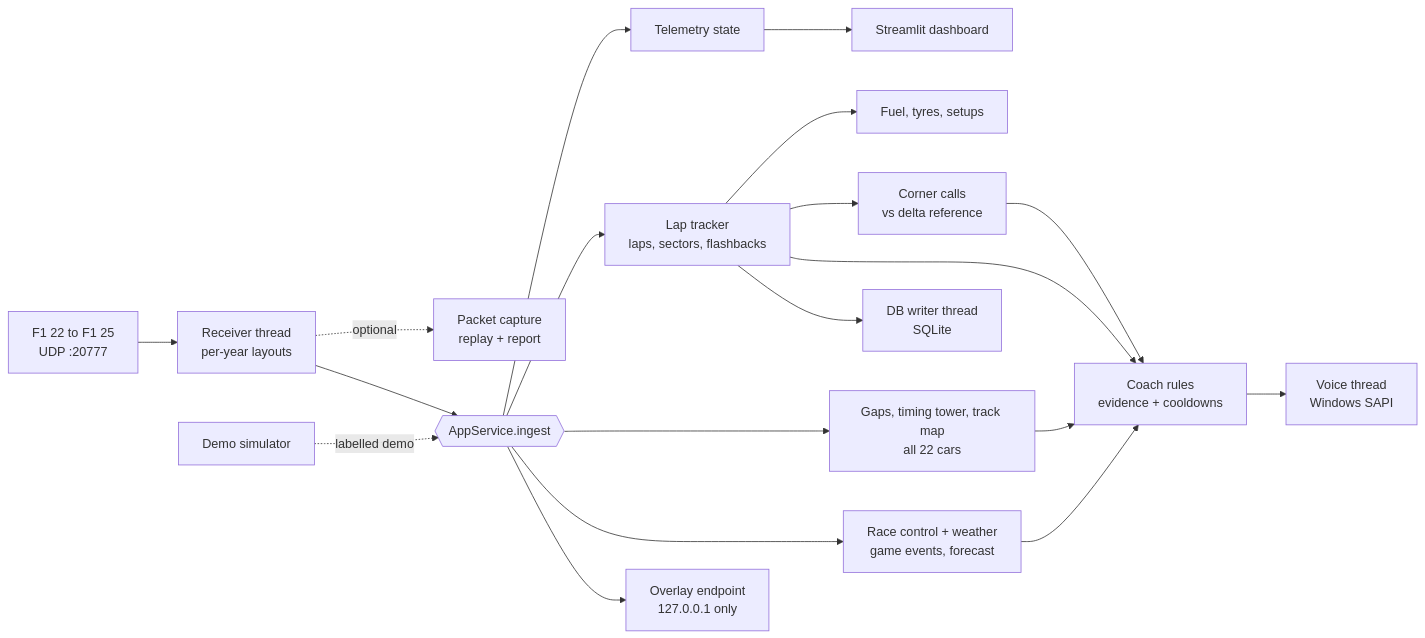
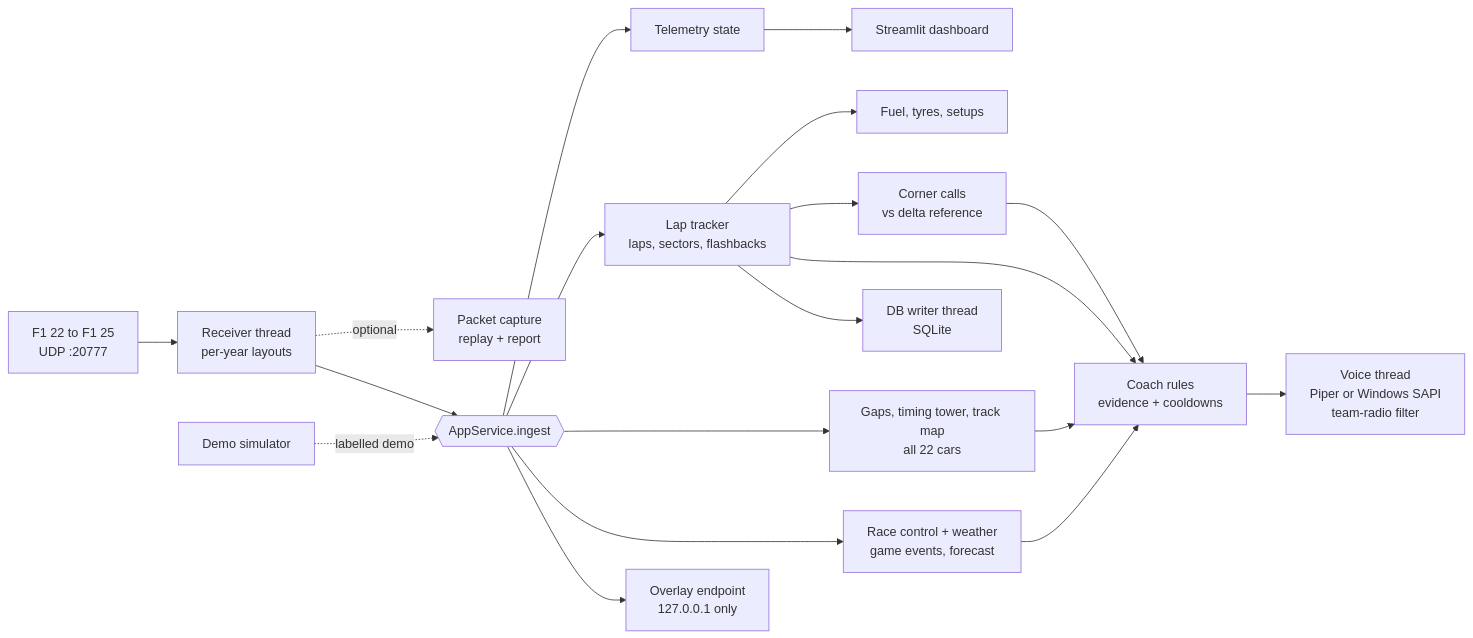
The diagram in README.md (arjun-nair1090/purplesector), drawn with Mermaid before and after one commit. The commit also changed other lines of this file and 17 other files, not shown here.

````diff
--- a/README.md
+++ b/README.md
@@ -146,21 +153,21 @@
 ```mermaid
 flowchart LR
     G[F1 22 to F1 25<br>UDP :20777] --> R[Receiver thread<br>per-year layouts]
     R -. optional .-> K[Packet capture<br>replay + report]
     D[Demo simulator] -. labelled demo .-> S
     R --> S{{AppService.ingest}}
     S --> T[Telemetry state]
     S --> L[Lap tracker<br>laps, sectors, flashbacks]
     S --> P[Gaps, timing tower, track map<br>all 22 cars]
     S --> E[Race control + weather<br>game events, forecast]
     L --> F[Fuel, tyres, setups]
     L --> Q[Corner calls<br>vs delta reference]
     L --> C[Coach rules<br>evidence + cooldowns]
     P --> C
     E --> C
     Q --> C
-    C --> V[Voice thread<br>Windows SAPI]
+    C --> V[Voice thread<br>Piper or Windows SAPI<br>team-radio filter]
     L --> W[DB writer thread<br>SQLite]
     T --> UI[Streamlit dashboard]
     S --> O[Overlay endpoint<br>127.0.0.1 only]
 ```
````
